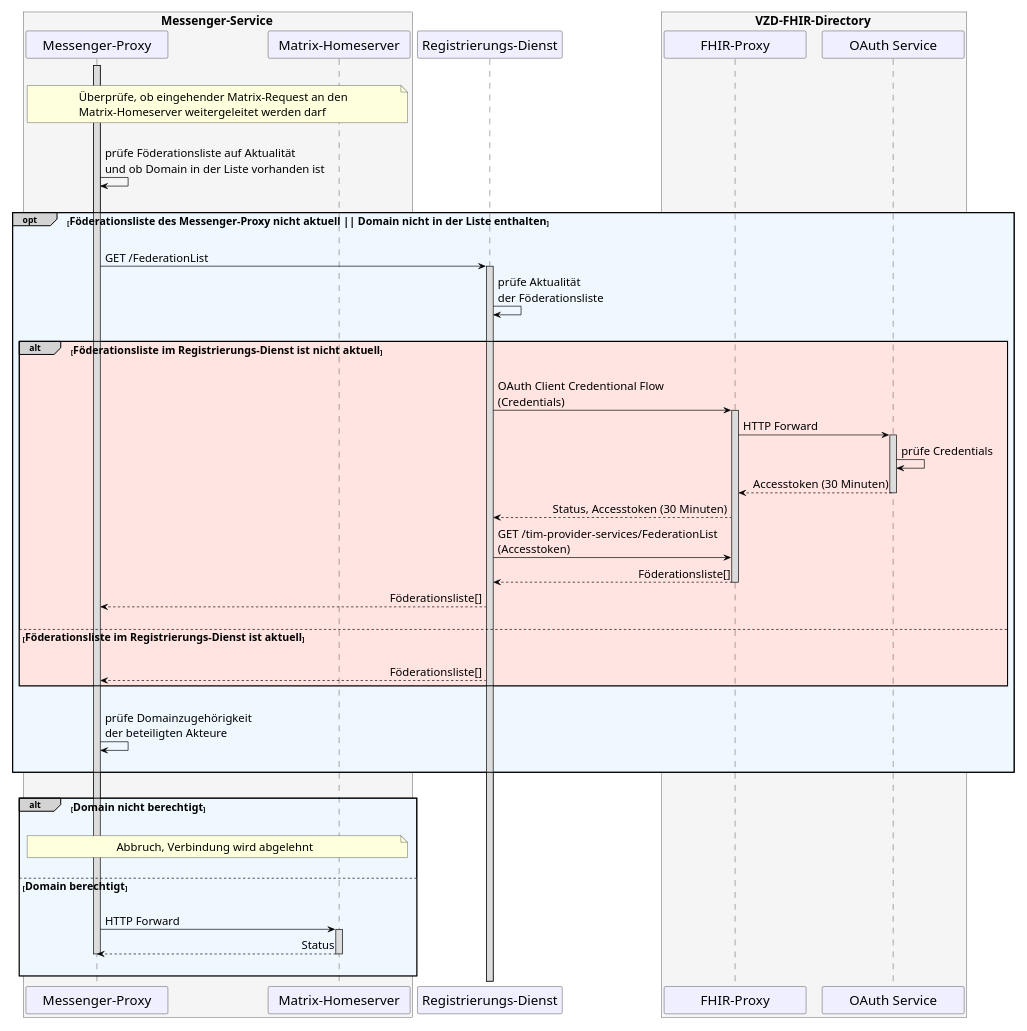
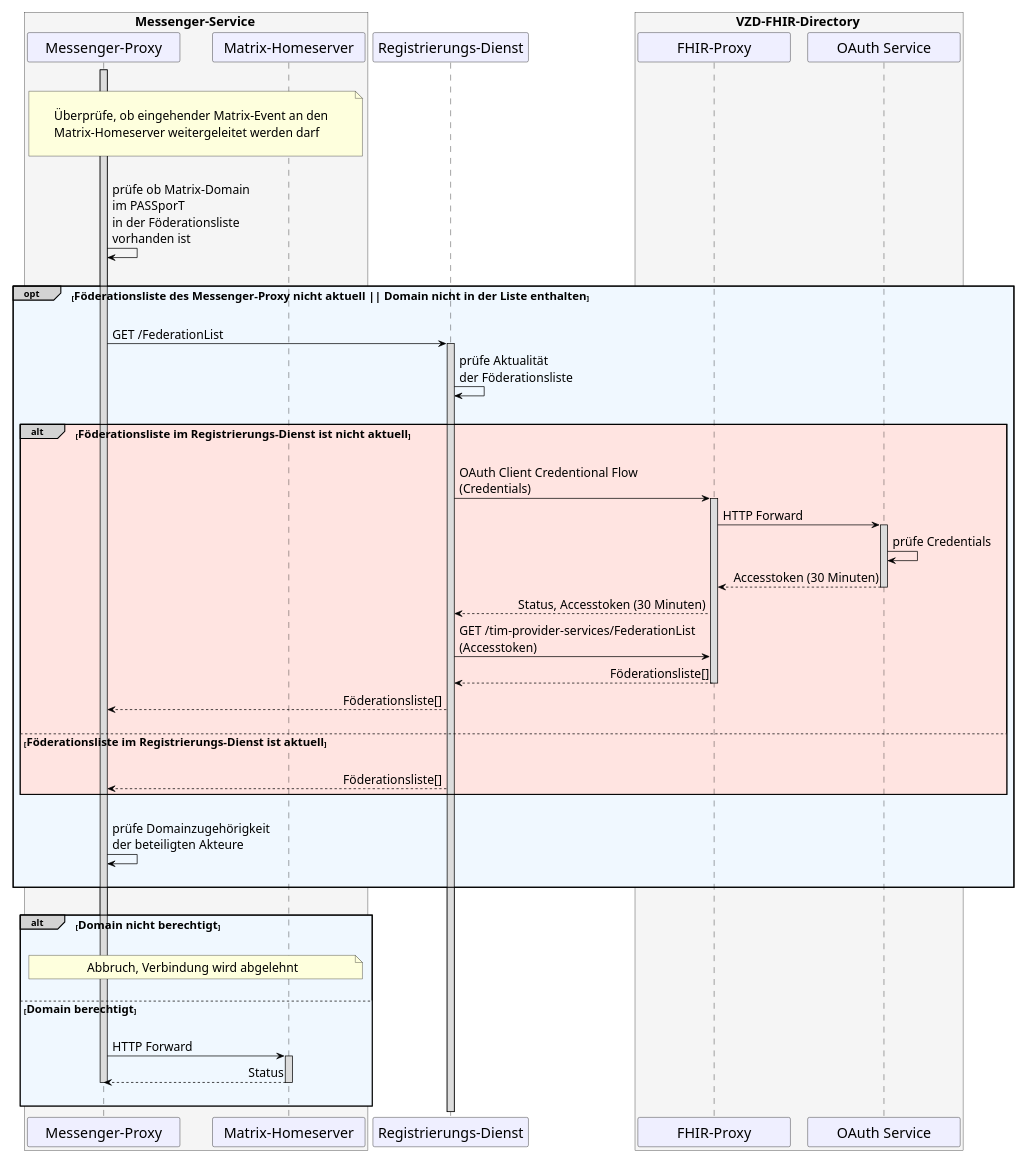
Before and after one commit to gematik/api-ti-messenger: the diagram in src/plantuml/TI-Messenger-Dienst/Ressourcen/UC_10064_Seq.puml, drawn with PlantUML.

```diff
--- a/src/plantuml/TI-Messenger-Dienst/Ressourcen/UC_10064_Seq.puml
+++ b/src/plantuml/TI-Messenger-Dienst/Ressourcen/UC_10064_Seq.puml
@@ -9,99 +9,99 @@
 @startuml
 skinparam sequenceMessageAlign direction
 skinparam minClassWidth 200
 skinparam BoxPadding 1
 skinparam sequenceReferenceHeaderBackgroundColor palegreen
 scale max 850 width
 
 skinparam sequence {
 ArrowColor black
 ArrowFontSize 17
 ActorBorderColor black
 LifeLineBorderColor black
 LifeLineBackgroundColor Gainsboro
 
 ParticipantBorderColor Motivation
 ParticipantBackgroundColor Motivation
 ParticipantFontName Impact
 ParticipantFontSize 20
 ParticipantFontColor black
 ParticipantBorderColor Black
 ParticipantBackgroundColor MOTIVATION
 
 ActorBackgroundColor Gainsboro
 ActorFontColor black
 ActorFontSize 20
 ActorFontName Aapex
 }
     box <size:18>Messenger-Service</size> #WhiteSmoke
     participant MP as "Messenger-Proxy"
     participant MH as "Matrix-Homeserver"
     end box
     participant RD as "Registrierungs-Dienst"
     box <size:18>VZD-FHIR-Directory</size> #WhiteSmoke
       participant FP as "FHIR-Proxy"
       participant AS as "OAuth Service"
     end box
 
 |||
-note over MP, MH: <size:17>Überprüfe, ob eingehender Matrix-Request an den \n<size:17>Matrix-Homeserver weitergeleitet werden darf</size>
+note over MP, MH: \n<size:17>Überprüfe, ob eingehender Matrix-Event an den \n<size:17>Matrix-Homeserver weitergeleitet werden darf</size>\n
 |||
 
     Activate MP
-  MP->MP: prüfe Föderationsliste auf Aktualität \nund ob Domain in der Liste vorhanden ist
+  MP->MP: prüfe ob Matrix-Domain \nim PASSporT \nin der Föderationsliste \nvorhanden ist
 
 |||
 opt#LightGrey #AliceBlue <size:16>Föderationsliste des Messenger-Proxy nicht aktuell || Domain nicht in der Liste enthalten</size>
 |||  
 
   MP->RD: GET /FederationList
     Activate RD
   RD->RD: prüfe Aktualität \nder Föderationsliste
   
   |||
   alt#LightGrey #MistyRose <size:16>Föderationsliste im Registrierungs-Dienst ist nicht aktuell</size>
   ||| 
   
     RD->FP: OAuth Client Credentional Flow \n(Credentials)
         Activate FP
     FP->AS: HTTP Forward
       Activate AS
     AS->AS: prüfe Credentials
     AS-->FP: Accesstoken (30 Minuten)
       Deactivate AS
     FP-->RD: Status, Accesstoken (30 Minuten)
     RD->FP: GET /tim-provider-services/FederationList \n(Accesstoken)
     FP-->RD: Föderationsliste[]
       Deactivate FP
     RD-->MP: Föderationsliste[]
 
       |||
       else <size:16>Föderationsliste im Registrierungs-Dienst ist aktuell</size>
       |||
         RD-->MP: Föderationsliste[]
   end
   
   |||
   MP->MP: prüfe Domainzugehörigkeit \nder beteiligten Akteure
   |||
   
 end
 
 |||
 alt#LightGrey #AliceBlue <size:16>Domain nicht berechtigt</size>
 |||  
 
   note over MP, MH: <size:17>Abbruch, Verbindung wird abgelehnt</size>
   ||| 
   
   else <size:16>Domain berechtigt</size>
     ||| 
     MP->MH: HTTP Forward
       Activate MH
     MH-->MP: Status
       Deactivate MH
       Deactivate MP
     ||| 
 
 end
 @enduml
```
